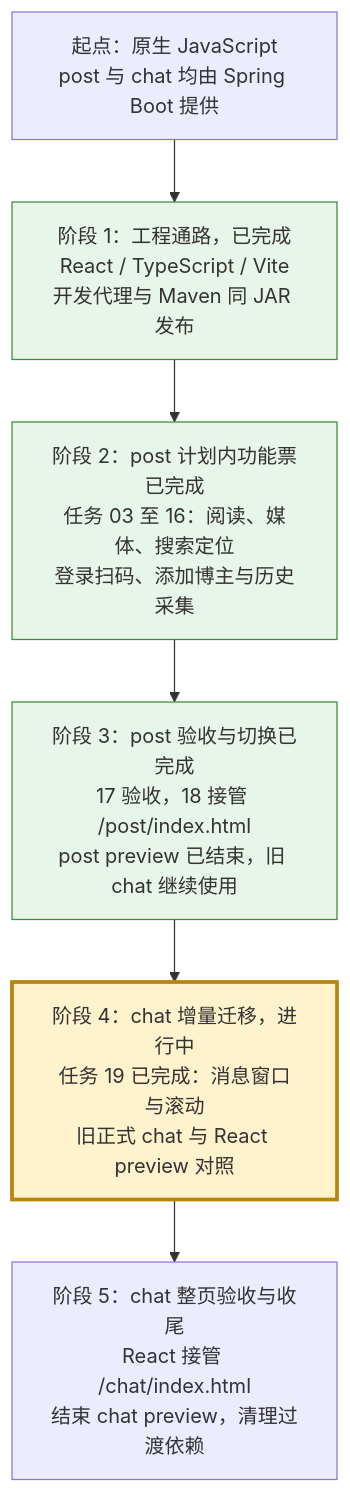
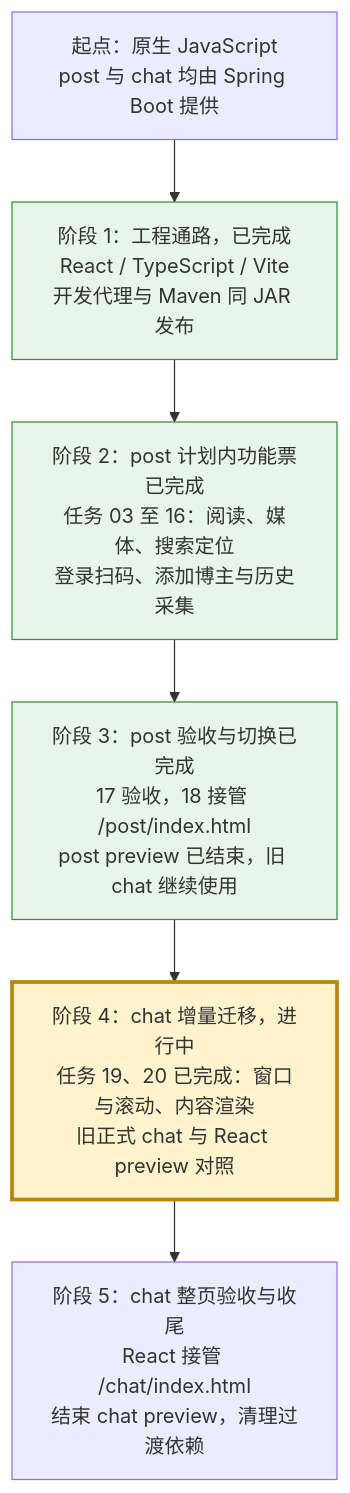
The diagram in .scratch/react-migration/PLAN.md (findxyz/vb-weibo-plus), drawn with Mermaid before and after one commit. The commit also changed other lines of this file and 7 other files, not shown here.

````diff
--- a/.scratch/react-migration/PLAN.md
+++ b/.scratch/react-migration/PLAN.md
@@ -17,14 +17,14 @@
 ```mermaid
 flowchart TD
     A["起点：原生 JavaScript<br/>post 与 chat 均由 Spring Boot 提供"]
     B["阶段 1：工程通路，已完成<br/>React / TypeScript / Vite<br/>开发代理与 Maven 同 JAR 发布"]
     C["阶段 2：post 计划内功能票已完成<br/>任务 03 至 16：阅读、媒体、搜索定位<br/>登录扫码、添加博主与历史采集"]
     D["阶段 3：post 验收与切换已完成<br/>17 验收，18 接管 /post/index.html<br/>post preview 已结束，旧 chat 继续使用"]
-    E["阶段 4：chat 增量迁移，进行中<br/>任务 19 已完成：消息窗口与滚动<br/>旧正式 chat 与 React preview 对照"]
+    E["阶段 4：chat 增量迁移，进行中<br/>任务 19、20 已完成：窗口与滚动、内容渲染<br/>旧正式 chat 与 React preview 对照"]
     F["阶段 5：chat 整页验收与收尾<br/>React 接管 /chat/index.html<br/>结束 chat preview，清理过渡依赖"]
     A --> B --> C --> D --> E --> F
     classDef complete fill:#e8f5e9,stroke:#388e3c
     classDef current fill:#fff3cd,stroke:#b8860b,stroke-width:3px
     class B,C,D complete
     class E current
 ```
````
